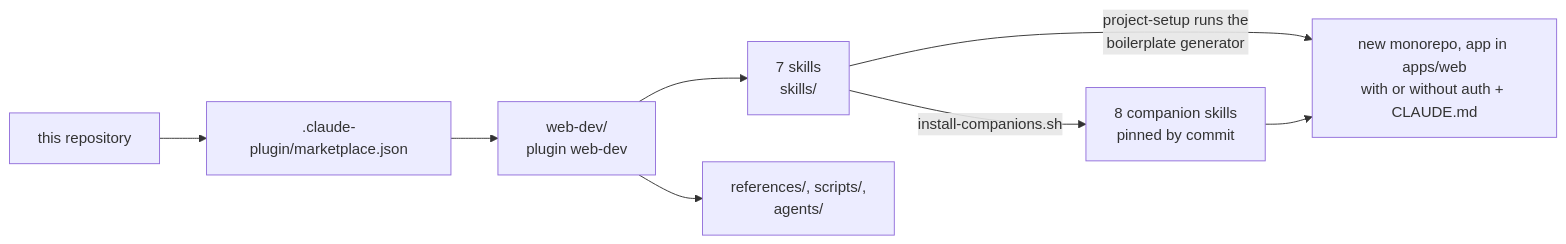
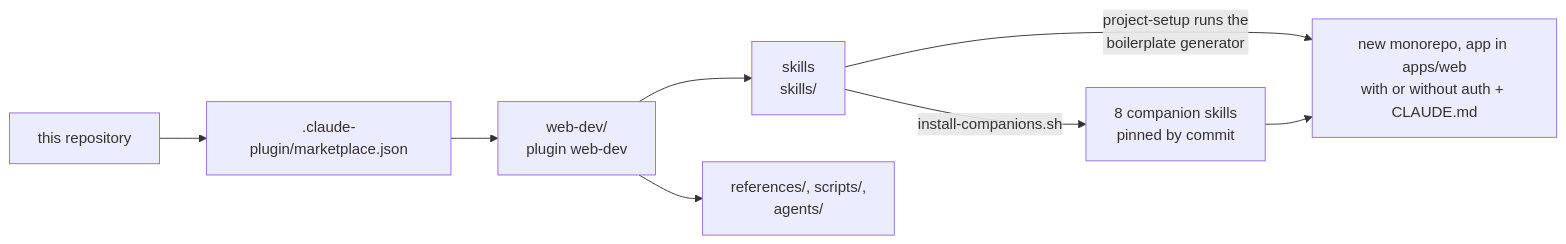
The first of 4 diagrams in DESIGN.md (loiphan-agilityio/web-dev-plugin), drawn with Mermaid before and after one commit. The commit also changed other lines of this file and 4 other files, not shown here.

````diff
--- a/DESIGN.md
+++ b/DESIGN.md
@@ -8,10 +8,10 @@
 ```mermaid
 flowchart LR
   repo["this repository"] --> mkt[".claude-plugin/marketplace.json"]
   mkt --> plugin["web-dev/<br/>plugin web-dev"]
-  plugin --> skills["7 skills<br/>skills/"]
+  plugin --> skills["skills<br/>skills/"]
   plugin --> shared["references/, scripts/,<br/>agents/"]
   skills -->|project-setup runs the<br/>boilerplate generator| app["new monorepo, app in apps/web<br/>with or without auth + CLAUDE.md"]
   skills -->|install-companions.sh| comp["8 companion skills<br/>pinned by commit"]
   comp --> app
 ```
````
